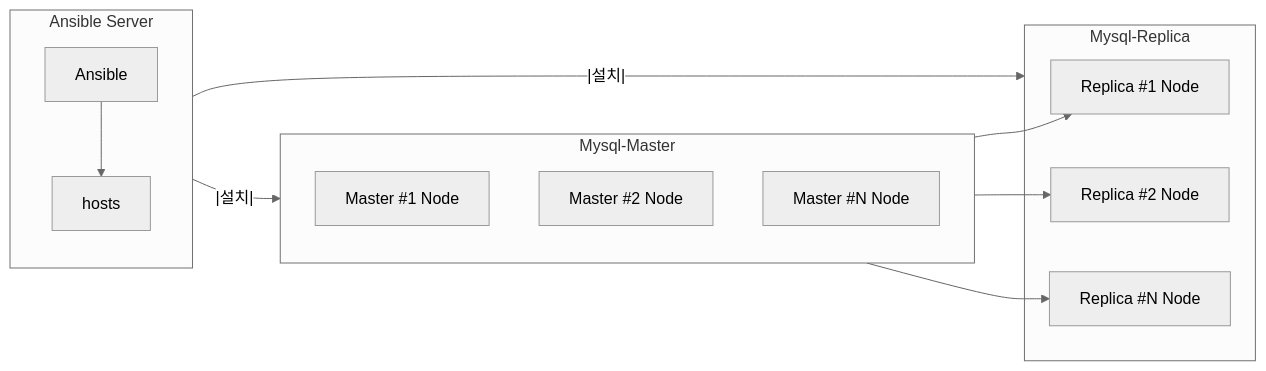
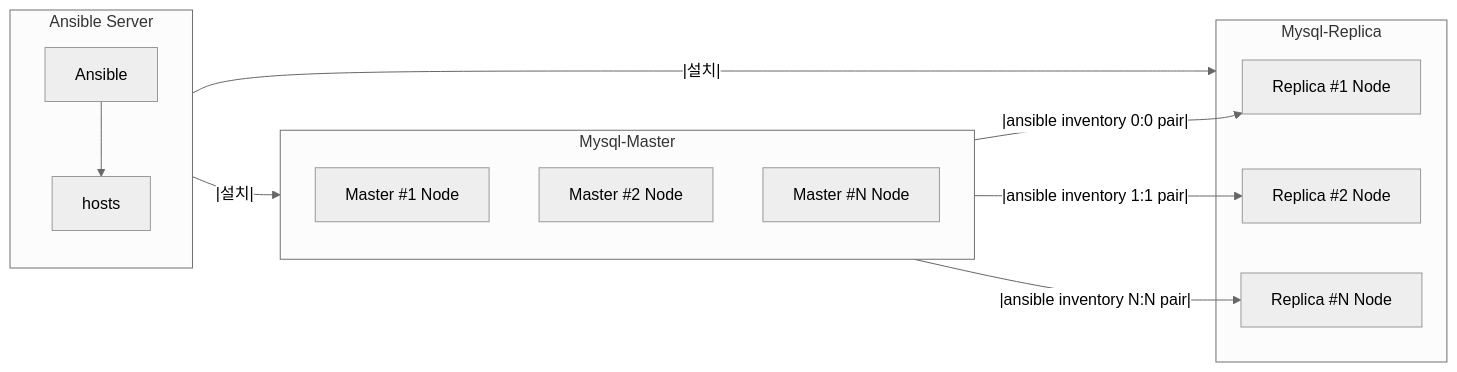
Before and after one commit to QubitSecurity/howto: the diagram in rocky9/app/mysql/ansible_install/readme.md, drawn with Mermaid (neutral theme).

````diff
--- a/rocky9/app/mysql/ansible_install/readme.md
+++ b/rocky9/app/mysql/ansible_install/readme.md
@@ -31,40 +31,40 @@
 ```mermaid
 graph LR;
 
     %% Define layout direction and spacing
     %% style Ansible_Server fill:#f9f,stroke:#333,stroke-width:2px,height:200px;
     %% style Zookeeper fill:#cfc,stroke:#333,stroke-width:2px;
 
 
     %% Ansible Server Section
     subgraph Ansible_Server[Ansible Server]
         direction TB
         Ansible1[Ansible]
         hosts[hosts]
         
         Ansible1 --> hosts
     end
 
     %% Zookeeper Section
     subgraph Mysql-Master
         direction TB
         Master1[Master #1 Node]
 		Master2[Master #2 Node]
 		MasterN[Master #N Node]
 		
 	end
 	    
 	subgraph Mysql-Replica
         Replica1[Replica #1 Node]      
         Replica2[Replica #2 Node]
         ReplicaN[Replica #N Node]
     end
 
 
     hosts --|설치|--> Mysql-Master
 	hosts --|설치|--> Mysql-Replica
 
-    Master1 --> Replica1
-    Master2 --> Replica2
-    MasterN --> ReplicaN
+    Master1 --|ansible inventory 0:0 pair|--> Replica1
+    Master2 --|ansible inventory 1:1 pair|--> Replica2
+    MasterN --|ansible inventory N:N pair|--> ReplicaN
 ```
````
